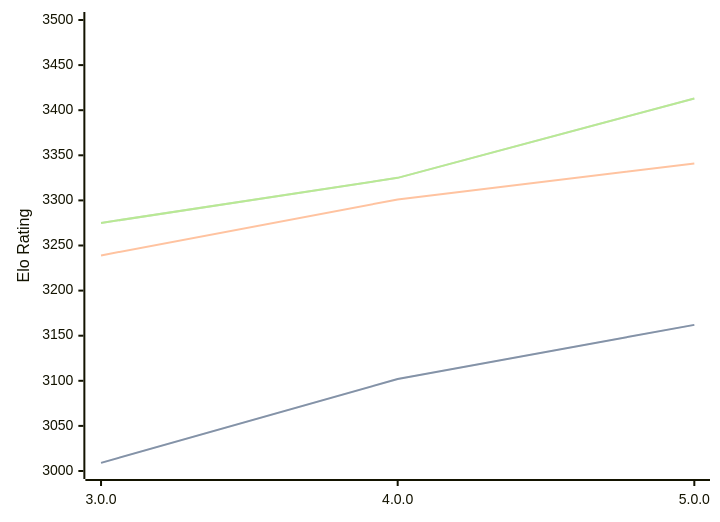
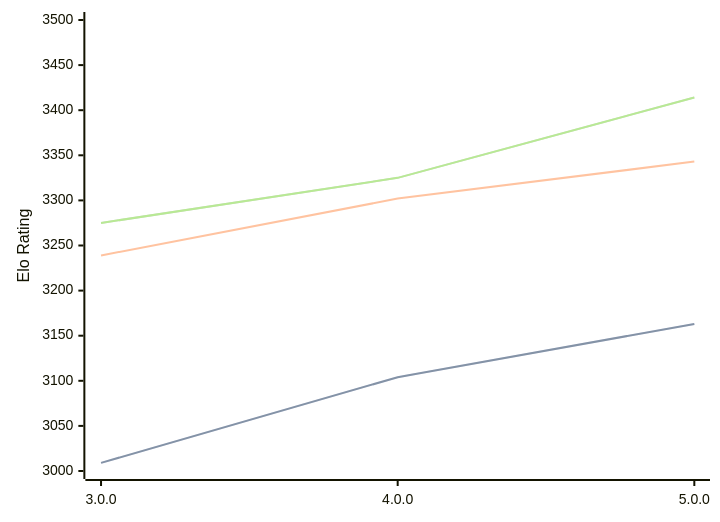
Before and after one commit to computer-chess-index/cci: the diagram in engines/Minke.md, drawn with Mermaid. The commit also changed other lines of this file, not shown here.

Commit message:
Update CCI Ratings (ELO VLTC) - 2026-04-13

````diff
--- a/engines/Minke.md
+++ b/engines/Minke.md
@@ -35,11 +35,11 @@
 ```mermaid
 %%{init: {"theme":"base","themeVariables":{"seriesColors:['#a3a3a3','#222221','#faa371']}}}%%
 xychart-beta
   x-axis ["3.0.0", "4.0.0", "5.0.0"]
   y-axis "Elo Rating" 3000 --> 3500
-  line "STC (8.0+0.08s)" [3009, 3102, 3162]
-  line "STC (8.0+0.08s)" [3009, 3102, 3162]
-  line "LTC (60.0+0.60s)" [3239, 3301, 3341]
-  line "VLTC (2m24s+1.12s)" [3275, 3325, 3413]
-  line "VLTC (2m24s+1.12s)" [3275, 3325, 3413]
+  line "STC (8.0+0.08s)" [3009, 3104, 3163]
+  line "STC (8.0+0.08s)" [3009, 3104, 3163]
+  line "LTC (60.0+0.60s)" [3239, 3302, 3343]
+  line "VLTC (2m24s+1.12s)" [3275, 3325, 3414]
+  line "VLTC (2m24s+1.12s)" [3275, 3325, 3414]
 ```
````
